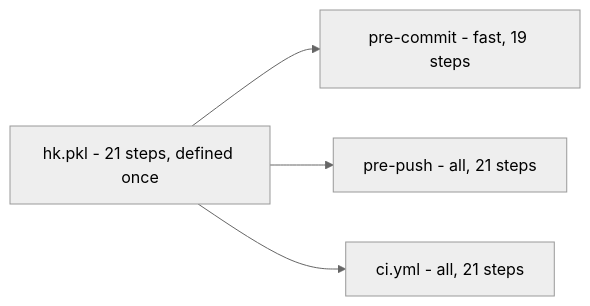
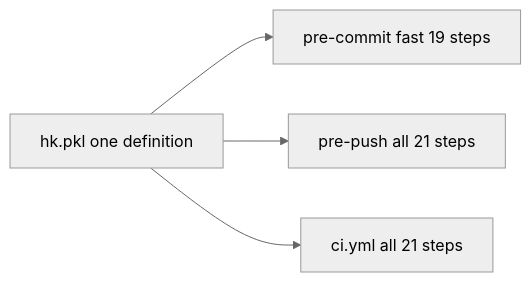
The first of 4 diagrams in INTEGRATION.md (pr0d1r2/microlith), drawn with Mermaid (neutral theme) before and after one commit. The commit also changed other lines of this file, not shown here.

First line of the commit message:
docs(integration): mermaid stripped to its most primitive form

````diff
--- a/INTEGRATION.md
+++ b/INTEGRATION.md
@@ -15,10 +15,7 @@
 ```mermaid
 graph LR
-    HK["hk.pkl - 21 steps, defined once"]
-    PC["pre-commit - fast, 19 steps"]
-    PP["pre-push - all, 21 steps"]
-    CI["ci.yml - all, 21 steps"]
-    HK --> PC
-    HK --> PP
-    HK --> CI
+  A[hk.pkl one definition]
+  A --> B[pre-commit fast 19 steps]
+  A --> C[pre-push all 21 steps]
+  A --> D[ci.yml all 21 steps]
 ```
````
